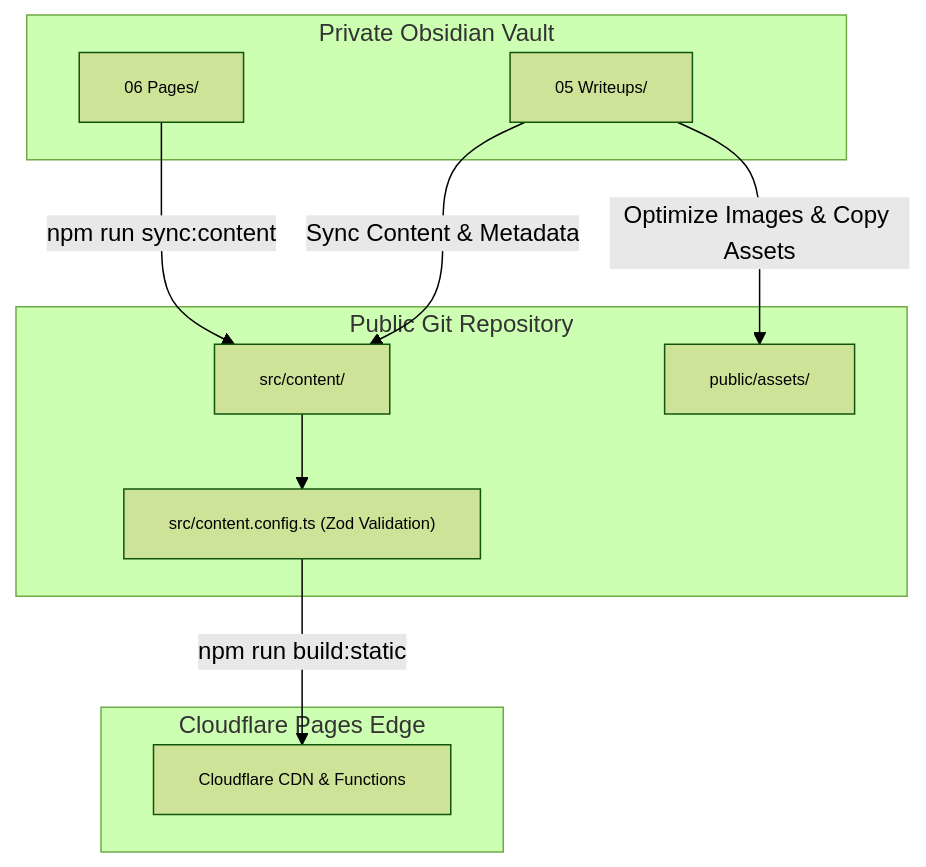
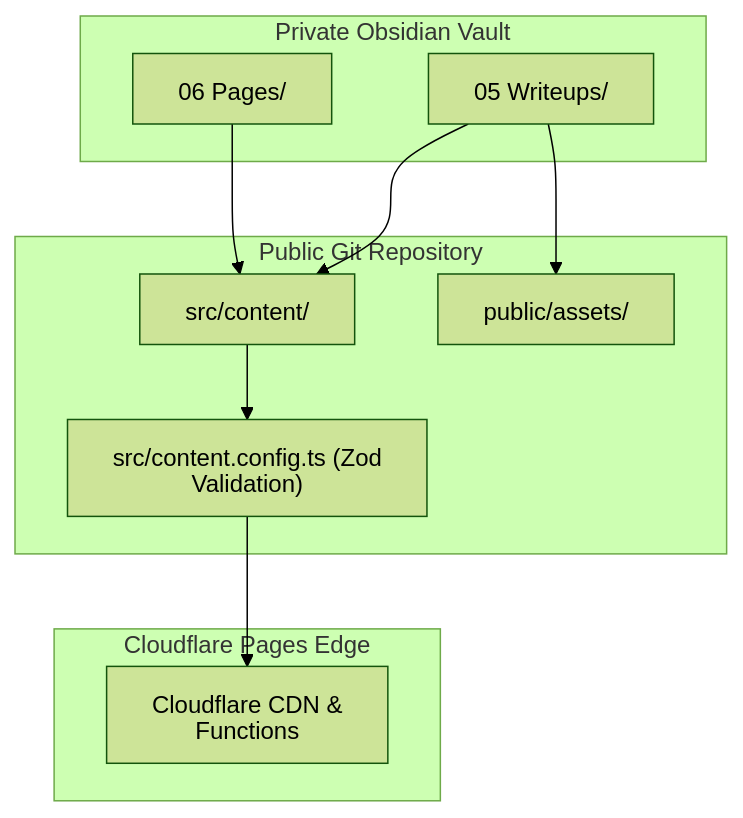
The diagram in docs/Vault-Workflow.md (joeseverino/jseverino.com), drawn with Mermaid (forest theme) before and after one commit. The commit also changed other lines of this file and 39 other files, not shown here.

````diff
--- a/docs/Vault-Workflow.md
+++ b/docs/Vault-Workflow.md
@@ -5,26 +5,24 @@
 ```mermaid
+%%{init: { "htmlLabels": false } }%%
 graph TD
     subgraph Vault ["Private Obsidian Vault"]
+        VW["05 Writeups/"]
         VP["06 Pages/"]
-        VW["05 Writeups/"]
     end
 
     subgraph Repo ["Public Git Repository"]
         SC["src/content/"]
         PA["public/assets/"]
         ZOD["src/content.config.ts (Zod Validation)"]
     end
 
     subgraph Edge ["Cloudflare Pages Edge"]
         CF["Cloudflare CDN & Functions"]
     end
 
-    VP -->|npm run sync:content| SC
-    VW -->|Sync Content & Metadata| SC
-    VW -->|Optimize Images & Copy Assets| PA
-
+    VP --> SC
+    VW --> SC
+    VW --> PA
     SC --> ZOD
-    ZOD -->|npm run build:static| CF
-
-    classDef default font-size:11px;
+    ZOD --> CF
 ```
````
